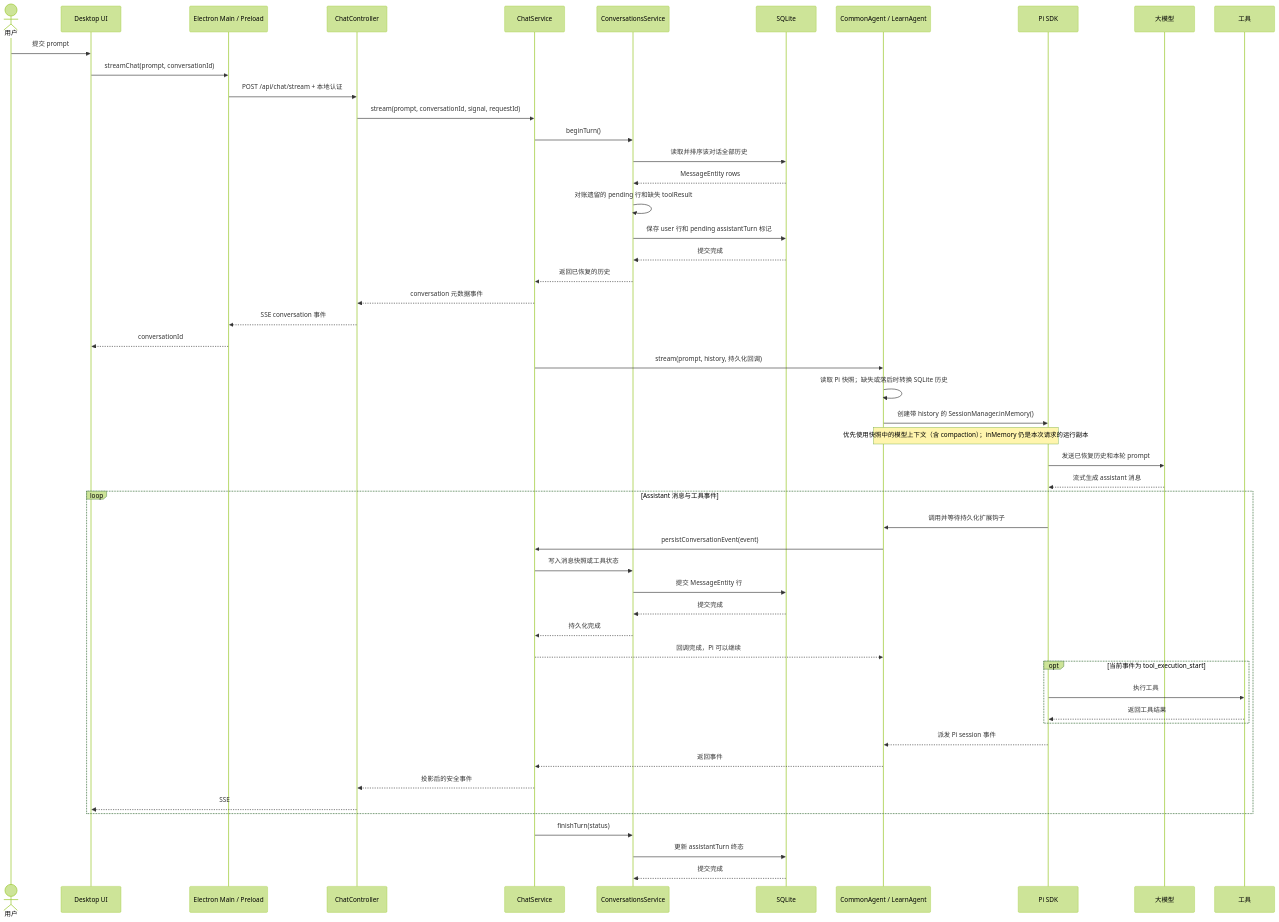
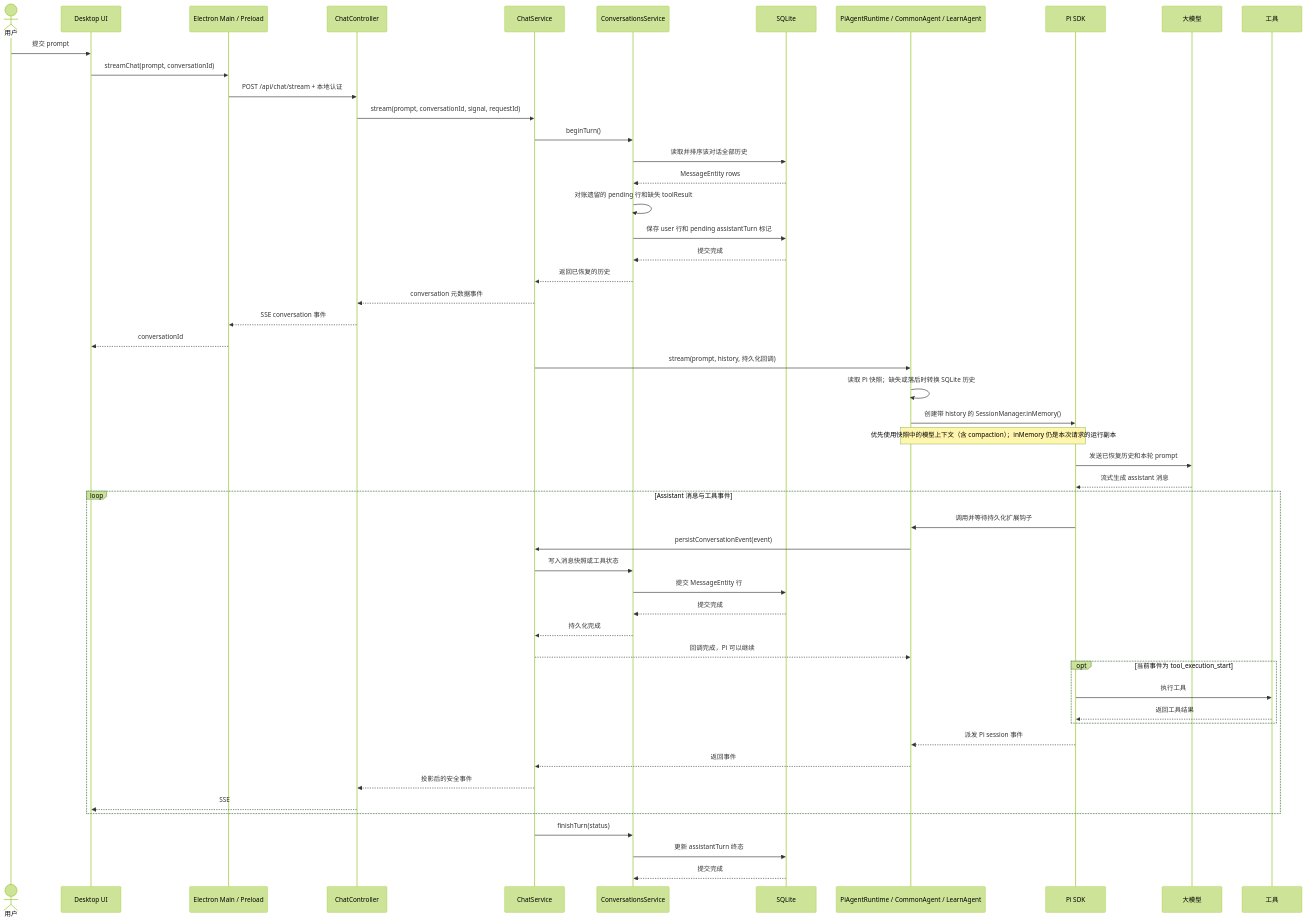
Before and after one commit to yuchentime/tech-forge: the diagram in docs/current/platform/agent-runtime.md, drawn with Mermaid (forest theme). The commit also changed other lines of this file and 15 other files, not shown here.

Commit message:
refactor(backend): move session setup into PiAgentRuntime

````diff
--- a/docs/current/platform/agent-runtime.md
+++ b/docs/current/platform/agent-runtime.md
@@ -61,58 +61,58 @@
 ```mermaid
 sequenceDiagram
     actor User as 用户
     participant UI as Desktop UI
     participant Main as Electron Main / Preload
     participant HTTP as ChatController
     participant Chat as ChatService
     participant Conv as ConversationsService
     participant DB as SQLite
-    participant LLM as CommonAgent / LearnAgent
+    participant LLM as PiAgentRuntime / CommonAgent / LearnAgent
     participant Pi as Pi SDK
     participant Model as 大模型
     participant Tool as 工具
 
     User->>UI: 提交 prompt
     UI->>Main: streamChat(prompt, conversationId)
     Main->>HTTP: POST /api/chat/stream + 本地认证
     HTTP->>Chat: stream(prompt, conversationId, signal, requestId)
     Chat->>Conv: beginTurn()
     Conv->>DB: 读取并排序该对话全部历史
     DB-->>Conv: MessageEntity rows
     Conv->>Conv: 对账遗留的 pending 行和缺失 toolResult
     Conv->>DB: 保存 user 行和 pending assistantTurn 标记
     DB-->>Conv: 提交完成
     Conv-->>Chat: 返回已恢复的历史
     Chat-->>HTTP: conversation 元数据事件
     HTTP-->>Main: SSE conversation 事件
     Main-->>UI: conversationId
 
     Chat->>LLM: stream(prompt, history, 持久化回调)
     LLM->>LLM: 读取 Pi 快照；缺失或落后时转换 SQLite 历史
     LLM->>Pi: 创建带 history 的 SessionManager.inMemory()
     Note over LLM,Pi: 优先使用快照中的模型上下文（含 compaction）；inMemory 仍是本次请求的运行副本
     Pi->>Model: 发送已恢复历史和本轮 prompt
     Model-->>Pi: 流式生成 assistant 消息
 
     loop Assistant 消息与工具事件
         Pi->>LLM: 调用并等待持久化扩展钩子
         LLM->>Chat: persistConversationEvent(event)
         Chat->>Conv: 写入消息快照或工具状态
         Conv->>DB: 提交 MessageEntity 行
         DB-->>Conv: 提交完成
         Conv-->>Chat: 持久化完成
         Chat-->>LLM: 回调完成，Pi 可以继续
         opt 当前事件为 tool_execution_start
             Pi->>Tool: 执行工具
             Tool-->>Pi: 返回工具结果
         end
         Pi-->>LLM: 派发 Pi session 事件
         LLM-->>Chat: 返回事件
         Chat-->>HTTP: 投影后的安全事件
         HTTP-->>UI: SSE
     end
 
     Chat->>Conv: finishTurn(status)
     Conv->>DB: 更新 assistantTurn 终态
     DB-->>Conv: 提交完成
 ```
````
